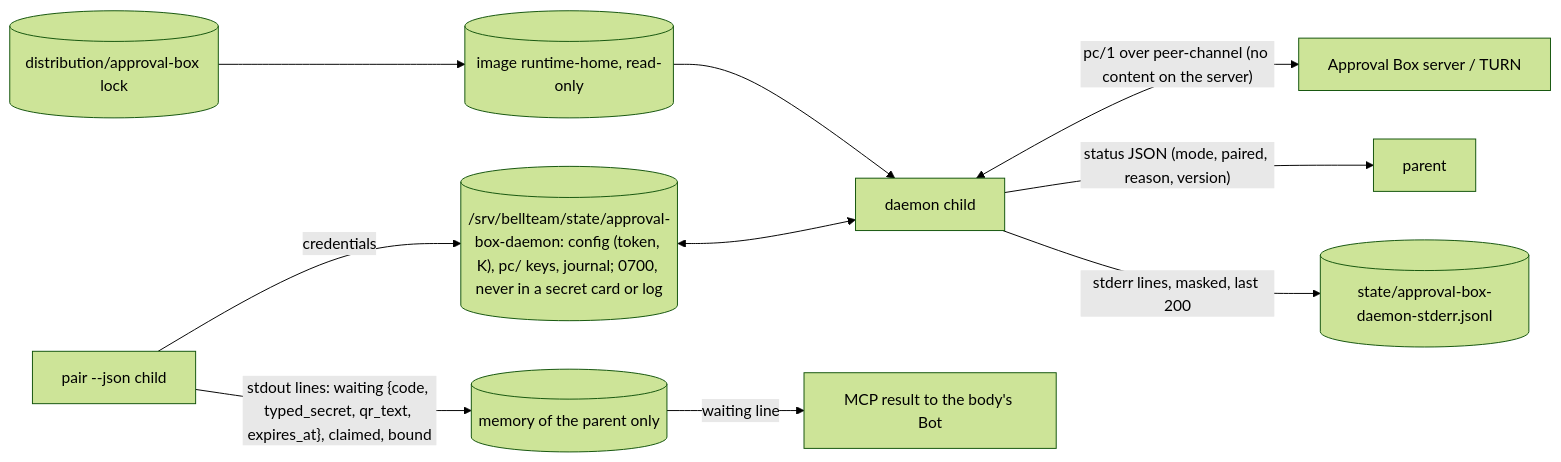
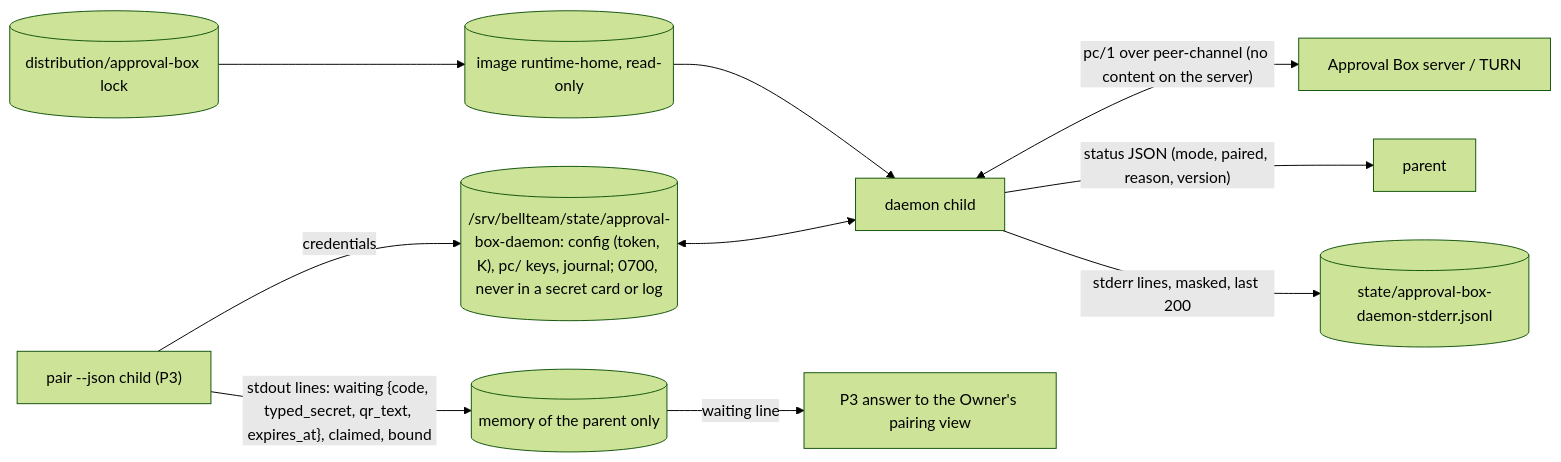
Before and after one commit to kitepon/BellTeam: the second of 8 diagrams in docs/architecture/modules/runtime/approval-box-daemon.md, drawn with Mermaid (forest theme). The commit also changed other lines of this file and 2 other files, not shown here.

First line of the commit message:
Approval Box one port, body row: retire approval_box_pair tools, runtime page follows P3 (abx-port-molly-body)

````diff
--- a/docs/architecture/modules/runtime/approval-box-daemon.md
+++ b/docs/architecture/modules/runtime/approval-box-daemon.md
@@ -42,12 +42,12 @@
 ```mermaid
 flowchart LR
   Pin[("distribution/approval-box lock")] --> Img[("image runtime-home, read-only")]
   Img --> Child[daemon child]
   Home[("/srv/bellteam/state/approval-box-daemon: config (token, K), pc/ keys, journal; 0700, never in a secret card or log")] <--> Child
   Child <-->|"pc/1 over peer-channel (no content on the server)"| Relay["Approval Box server / TURN"]
   Child -->|"status JSON (mode, paired, reason, version)"| Parent[parent]
-  Pair["pair --json child"] -->|"stdout lines: waiting {code, typed_secret, qr_text, expires_at}, claimed, bound"| Mem[("memory of the parent only")]
-  Mem -->|"waiting line"| Tool["MCP result to the body's Bot"]
+  Pair["pair --json child (P3)"] -->|"stdout lines: waiting {code, typed_secret, qr_text, expires_at}, claimed, bound"| Mem[("memory of the parent only")]
+  Mem -->|"waiting line"| View["P3 answer to the Owner's pairing view"]
   Pair -->|"credentials"| Home
   Child -->|"stderr lines, masked, last 200"| Log[("state/approval-box-daemon-stderr.jsonl")]
 ```
````
